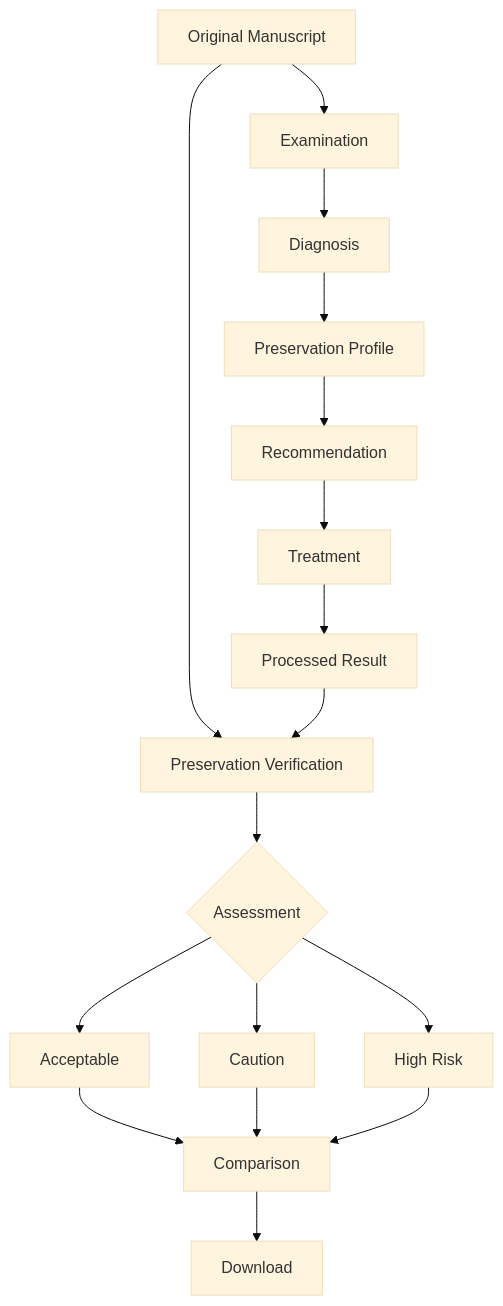
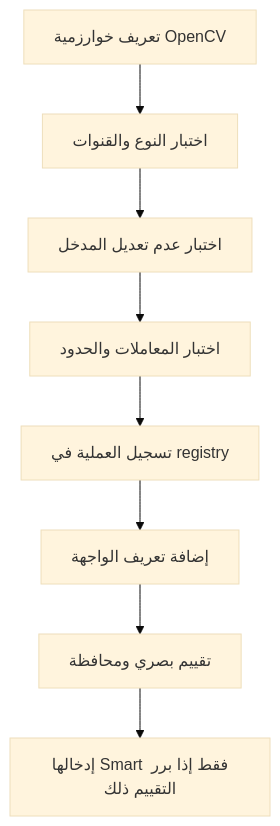
Before and after one commit to Alhareith/manuscript-doctor: the ninth of 9 diagrams in docs/architecture.md, drawn with Mermaid (base theme). The commit also changed other lines of this file and 168 other files, not shown here.

````diff
--- a/docs/architecture.md
+++ b/docs/architecture.md
@@ -1312,40 +527,10 @@
 ```mermaid
 flowchart TD
-
-    A["Original Manuscript"]
-    B["Examination"]
-    C["Diagnosis"]
-    D["Preservation Profile"]
-    E["Recommendation"]
-    F["Treatment"]
-    G["Processed Result"]
-    H["Preservation Verification"]
-    I{"Assessment"}
-    J["Acceptable"]
-    K["Caution"]
-    L["High Risk"]
-    M["Comparison"]
-    N["Download"]
-
-    A --> B
-    B --> C
-    C --> D
-    D --> E
-    E --> F
-    F --> G
-
-    A --> H
-    G --> H
-
-    H --> I
-
-    I --> J
-    I --> K
-    I --> L
-
-    J --> M
-    K --> M
-    L --> M
-
-    M --> N
+    A["تعريف خوارزمية OpenCV"] --> B["اختبار النوع والقنوات"]
+    B --> C["اختبار عدم تعديل المدخل"]
+    C --> D["اختبار المعاملات والحدود"]
+    D --> E["تسجيل العملية في registry"]
+    E --> F["إضافة تعريف الواجهة"]
+    F --> G["تقييم بصري ومحافظة"]
+    G --> H["إدخالها Smart فقط إذا برر التقييم ذلك"]
 ```
````
